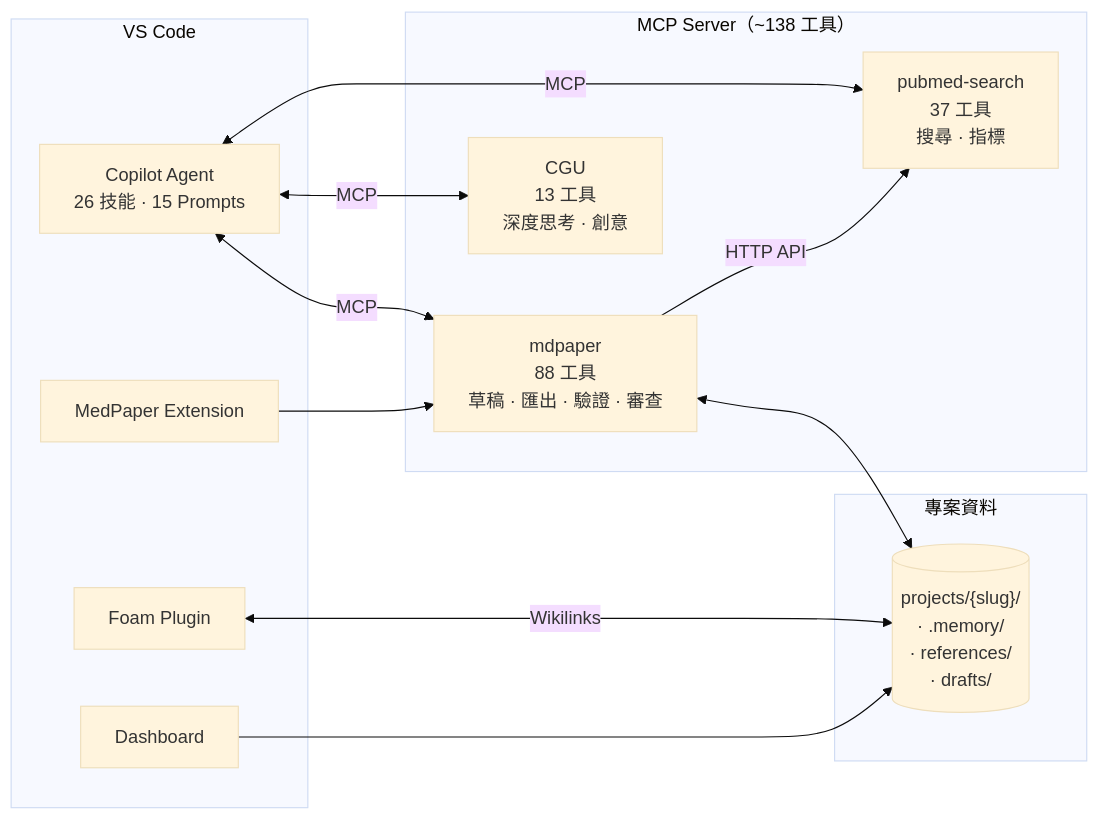
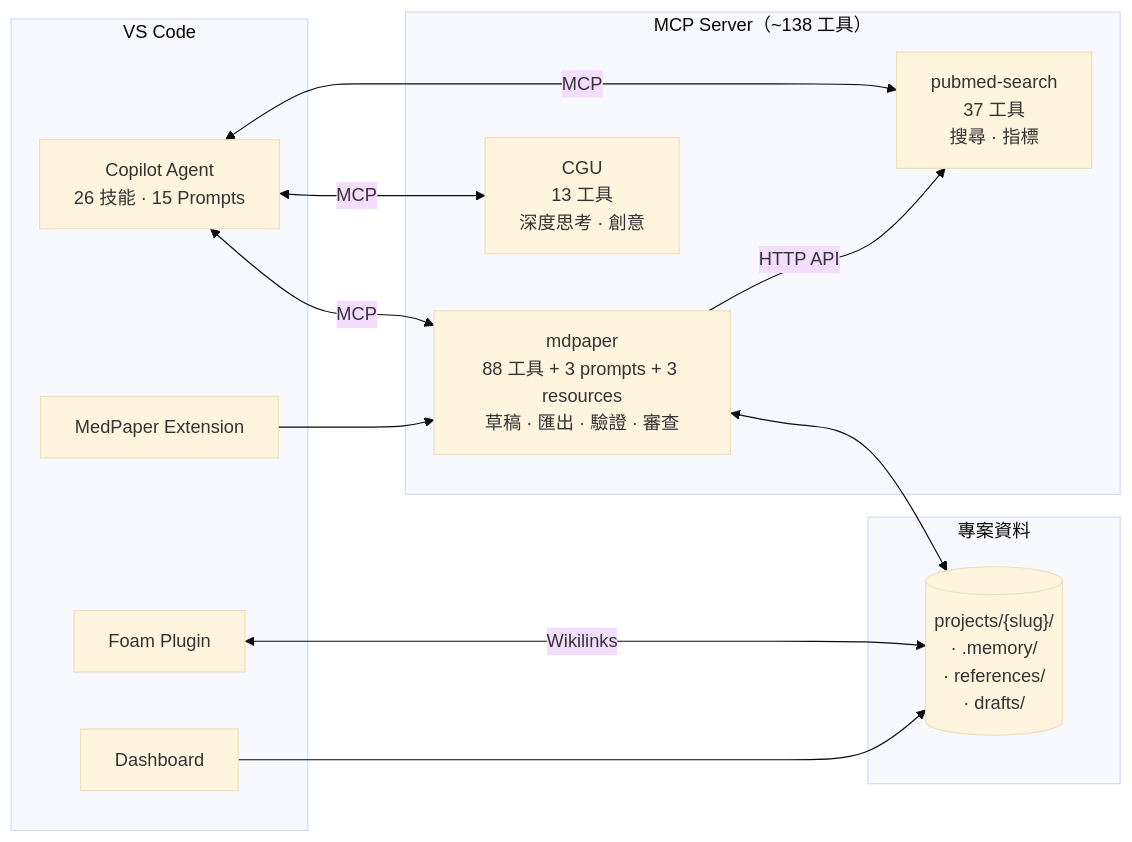
The diagram in README.zh-TW.md (u9401066/med-paper-assistant), drawn with Mermaid (base theme) before and after one commit. The commit also changed other lines of this file and 20 other files, not shown here.

````diff
--- a/README.zh-TW.md
+++ b/README.zh-TW.md
@@ -45,28 +45,28 @@
 ```mermaid
 flowchart LR
     subgraph IDE["VS Code"]
         Agent["Copilot Agent<br/>26 技能 · 15 Prompts"]
         Foam[Foam Plugin]
         Ext[MedPaper Extension]
         Dash[Dashboard]
     end
 
     subgraph MCP["MCP Server（~138 工具）"]
-      mdpaper["mdpaper<br/>88 工具<br/>草稿 · 匯出 · 驗證 · 審查"]
+      mdpaper["mdpaper<br/>88 工具 + 3 prompts + 3 resources<br/>草稿 · 匯出 · 驗證 · 審查"]
         pubmed["pubmed-search<br/>37 工具<br/>搜尋 · 指標"]
         cgu["CGU<br/>13 工具<br/>深度思考 · 創意"]
     end
 
     subgraph Data["專案資料"]
         proj[("projects/{slug}/<br/>· .memory/<br/>· references/<br/>· drafts/")]
     end
 
     Agent <-->|MCP| mdpaper
     Agent <-->|MCP| pubmed
     Agent <-->|MCP| cgu
     mdpaper -->|HTTP API| pubmed
     Foam <-->|Wikilinks| proj
     mdpaper <--> proj
     Ext --> mdpaper
     Dash --> proj
 ```
````
